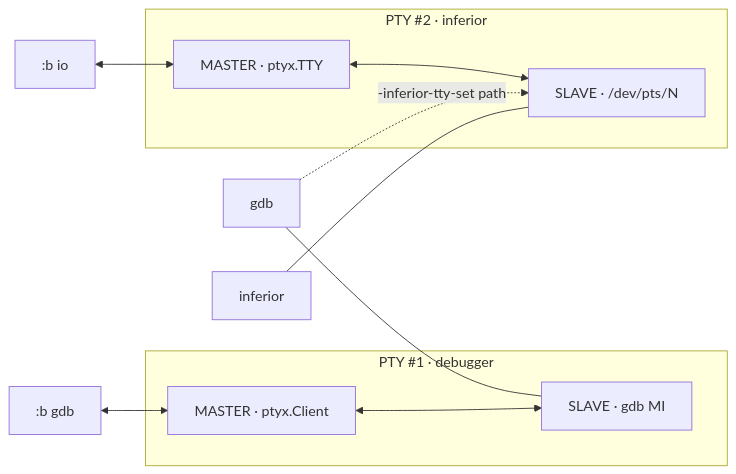
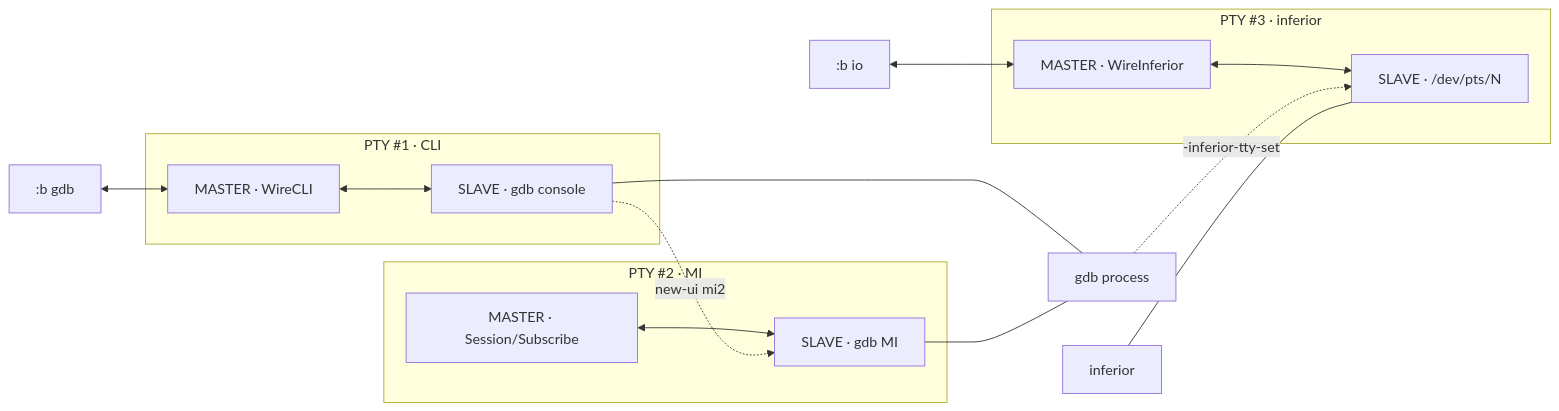
The second of 5 diagrams in docs/PTY_ARCHITECTURE.md (yairgd/gdbforge), drawn with Mermaid before and after one commit. The commit also changed other lines of this file and 243 other files, not shown here.

````diff
--- a/docs/PTY_ARCHITECTURE.md
+++ b/docs/PTY_ARCHITECTURE.md
@@ -130,20 +143,28 @@
 ```mermaid
 flowchart LR
-  subgraph PTY1["PTY #1 · debugger"]
-    M1["MASTER · ptyx.Client"]
-    S1["SLAVE · gdb MI"]
+  subgraph PTY1["PTY #1 · CLI"]
+    M1["MASTER · WireCLI"]
+    S1["SLAVE · gdb console"]
     M1 <--> S1
   end
 
-  subgraph PTY2["PTY #2 · inferior"]
-    M2["MASTER · ptyx.TTY"]
-    S2["SLAVE · /dev/pts/N"]
+  subgraph PTY2["PTY #2 · MI"]
+    M2["MASTER · Session/Subscribe"]
+    S2["SLAVE · gdb MI"]
     M2 <--> S2
   end
 
+  subgraph PTY3["PTY #3 · inferior"]
+    M3["MASTER · WireInferior"]
+    S3["SLAVE · /dev/pts/N"]
+    M3 <--> S3
+  end
+
   UI1[":b gdb"] <--> M1
-  UI2[":b io"] <--> M2
-  GDB["gdb"] --- S1
-  GDB -.->|"-inferior-tty-set path"| S2
-  Prog["inferior"] --- S2
+  UI2[":b io"] <--> M3
+  S1 --- GDB["gdb process"]
+  S2 --- GDB
+  GDB -.->|"-inferior-tty-set"| S3
+  Prog["inferior"] --- S3
+  S1 -.->|"new-ui mi2"| S2
 ```
````
